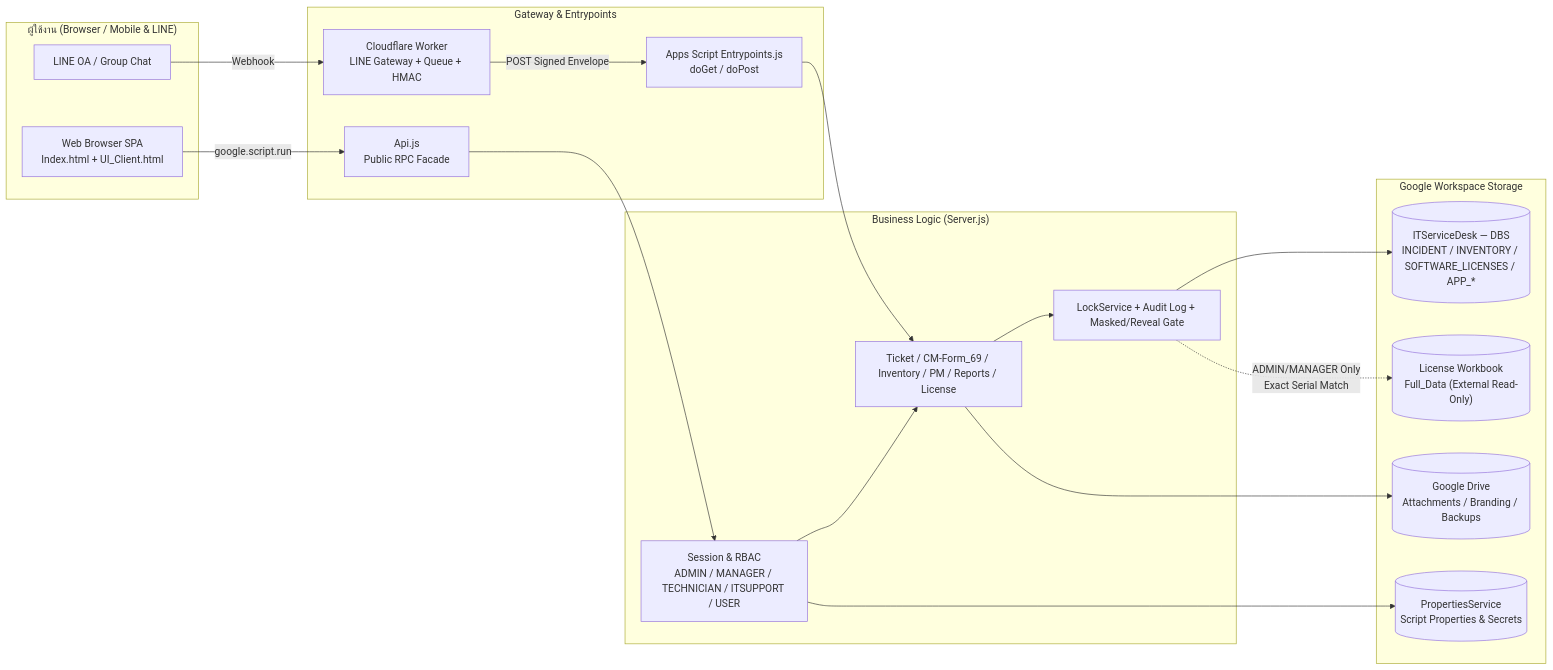
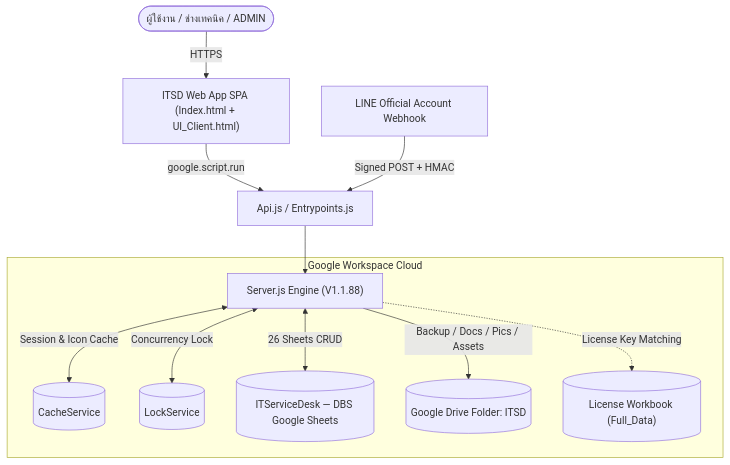
Before and after one commit to thakot-cloud/ITServiceDesk: the first of 2 diagrams in README.md, drawn with Mermaid. The commit also changed other lines of this file and 8 other files, not shown here.

Commit message:
docs: Standardize GitHub repository documentation, README badges, and architecture guides to V1.1.88

````diff
--- a/README.md
+++ b/README.md
@@ -23,36 +68,16 @@
 ```mermaid
-flowchart LR
-  subgraph Users["ผู้ใช้งาน (Browser / Mobile & LINE)"]
-    WEB["Web Browser SPA<br/>Index.html + UI_Client.html"]
-    LINE["LINE OA / Group Chat"]
-  end
+flowchart TD
+    User(["ผู้ใช้งาน / ช่างเทคนิค / ADMIN"]) -->|HTTPS| WebApp["ITSD Web App SPA (Index.html + UI_Client.html)"]
+    WebApp -->|google.script.run| Facade["Api.js / Entrypoints.js"]
+    Facade --> Core["Server.js Engine (V1.1.88)"]
 
-  subgraph Edge["Gateway & Entrypoints"]
-    CF["Cloudflare Worker<br/>LINE Gateway + Queue + HMAC"]
-    GAS_EP["Apps Script Entrypoints.js<br/>doGet / doPost"]
-    GAS_API["Api.js<br/>Public RPC Facade"]
-  end
+    subgraph Google["Google Workspace Cloud"]
+        Core <-->|Session & Icon Cache| Cache[("CacheService")]
+        Core <-->|Concurrency Lock| Lock[("LockService")]
+        Core <-->|26 Sheets CRUD| Sheets[("ITServiceDesk — DBS Google Sheets")]
+        Core -->|Backup / Docs / Pics / Assets| Drive[("Google Drive Folder: ITSD")]
+        Core -.->|License Key Matching| LicDB[("License Workbook (Full_Data)")]
+    end
 
-  subgraph Core["Business Logic (Server.js)"]
-    AUTH["Session & RBAC<br/>ADMIN / MANAGER / TECHNICIAN / ITSUPPORT / USER"]
-    SVC["Ticket / CM-Form_69 / Inventory / PM / Reports / License"]
-    SEC["LockService + Audit Log + Masked/Reveal Gate"]
-  end
-
-  subgraph Data["Google Workspace Storage"]
-    DBS[("ITServiceDesk — DBS<br/>INCIDENT / INVENTORY / SOFTWARE_LICENSES / APP_*")]
-    LIC[("License Workbook<br/>Full_Data (External Read-Only)")]
-    DRV[("Google Drive<br/>Attachments / Branding / Backups")]
-    PROPS[("PropertiesService<br/>Script Properties & Secrets")]
-  end
-
-  WEB -->|"google.script.run"| GAS_API
-  LINE -->|"Webhook"| CF
-  CF -->|"POST Signed Envelope"| GAS_EP
-  GAS_EP --> SVC
-  GAS_API --> AUTH --> SVC --> SEC
-  SEC --> DBS
-  SEC -.->|"ADMIN/MANAGER Only<br/>Exact Serial Match"| LIC
-  SVC --> DRV
-  AUTH --> PROPS
+    LINE["LINE Official Account Webhook"] -->|Signed POST + HMAC| Facade
 ```
````
